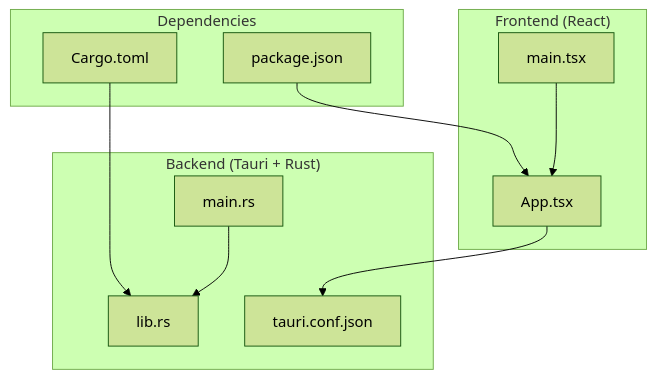
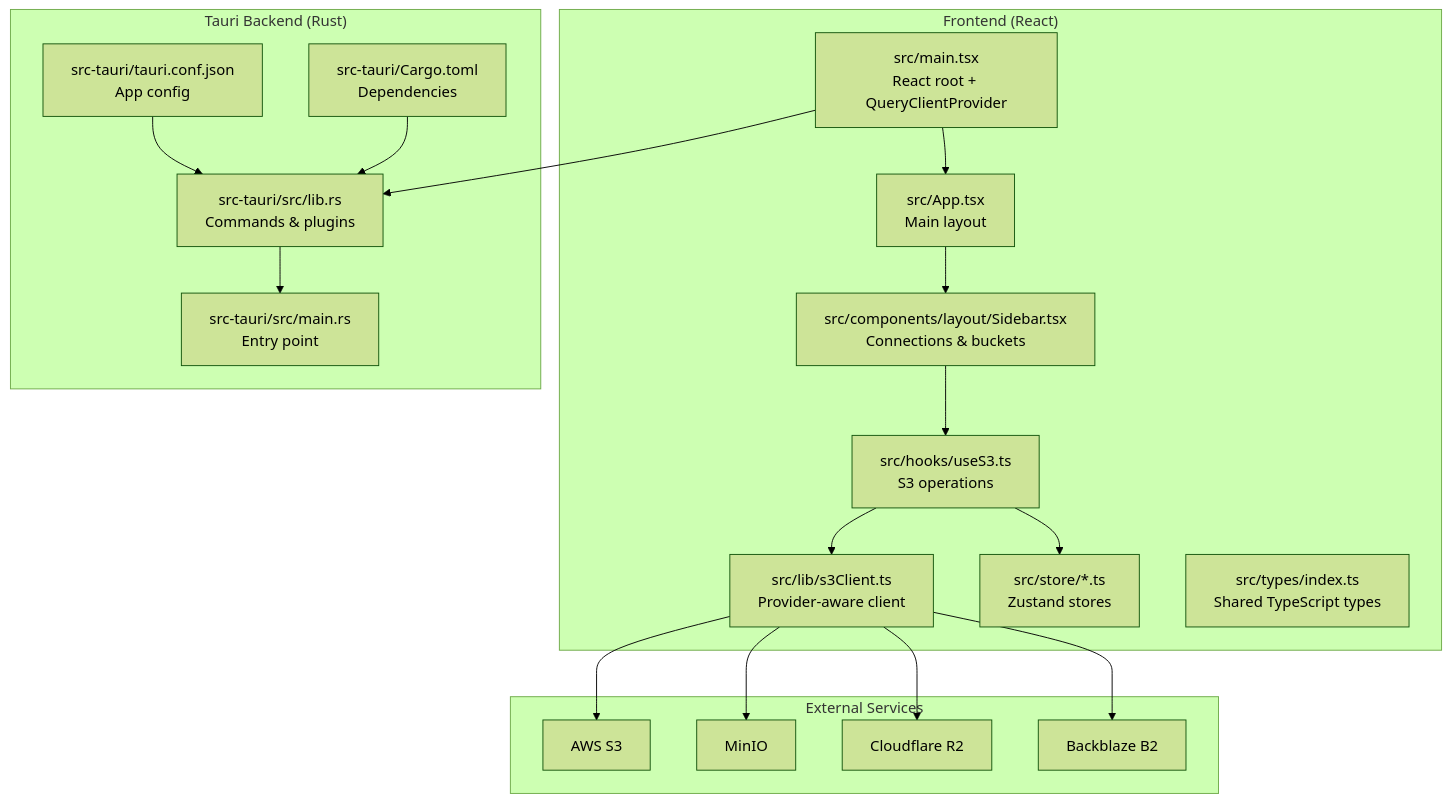
The first of 7 diagrams in .qoder/repowiki/en/content/Project Overview.md (nasrulhadi/s3-explorer), drawn with Mermaid (forest theme) before and after one commit. The commit also changed other lines of this file and 46 other files, not shown here.

````diff
--- a/.qoder/repowiki/en/content/Project Overview.md
+++ b/.qoder/repowiki/en/content/Project Overview.md
@@ -42,21 +89,37 @@
 ```mermaid
 graph TB
 subgraph "Frontend (React)"
-A_App["App.tsx"]
-A_Main["main.tsx"]
+A["src/main.tsx<br/>React root + QueryClientProvider"]
+B["src/App.tsx<br/>Main layout"]
+C["src/components/layout/Sidebar.tsx<br/>Connections & buckets"]
+D["src/hooks/useS3.ts<br/>S3 operations"]
+E["src/lib/s3Client.ts<br/>Provider-aware client"]
+F["src/store/*.ts<br/>Zustand stores"]
+G["src/types/index.ts<br/>Shared TypeScript types"]
 end
-subgraph "Backend (Tauri + Rust)"
-B_Lib["lib.rs"]
-B_Main["main.rs"]
-B_Cfg["tauri.conf.json"]
+subgraph "Tauri Backend (Rust)"
+H["src-tauri/src/lib.rs<br/>Commands & plugins"]
+I["src-tauri/src/main.rs<br/>Entry point"]
+J["src-tauri/tauri.conf.json<br/>App config"]
+K["src-tauri/Cargo.toml<br/>Dependencies"]
 end
-subgraph "Dependencies"
-D_Pkg["package.json"]
-D_Cargo["Cargo.toml"]
+subgraph "External Services"
+L["AWS S3"]
+M["MinIO"]
+N["Cloudflare R2"]
+O["Backblaze B2"]
 end
-A_Main --> A_App
-A_App --> B_Cfg
-B_Main --> B_Lib
-D_Pkg --> A_App
-D_Cargo --> B_Lib
+A --> B
+B --> C
+C --> D
+D --> E
+D --> F
+E --> L
+E --> M
+E --> N
+E --> O
+A --> H
+H --> I
+J --> H
+K --> H
 ```
````
